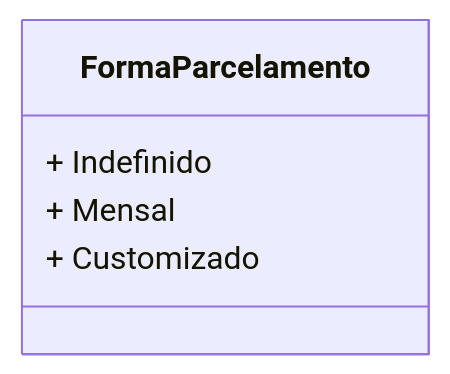
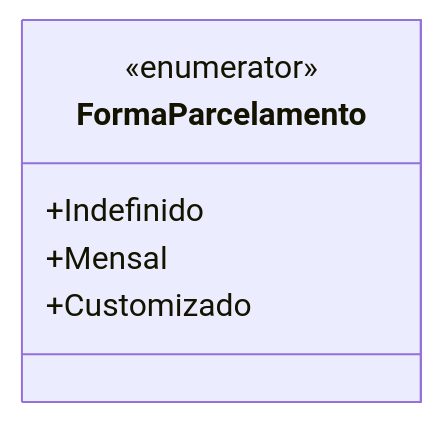
One commit to IsthmusSistemas/documentacao-tecnica changed the diagram in docs/b2b-dominio/IsthmusWinthor.Nucleo/IsthmusWinthor.Dominio/Enumeradores/FormaParcelamento.md. Above: the diagram before and after it, drawn with Mermaid. The commit also changed other lines of this file and 882 other files, not shown here.

````diff
--- a/docs/b2b-dominio/IsthmusWinthor.Nucleo/IsthmusWinthor.Dominio/Enumeradores/FormaParcelamento.md
+++ b/docs/b2b-dominio/IsthmusWinthor.Nucleo/IsthmusWinthor.Dominio/Enumeradores/FormaParcelamento.md
@@ -14,8 +16,9 @@
 ```mermaid
 classDiagram
     class FormaParcelamento {
-        + Indefinido
-        + Mensal
-        + Customizado
+        <<enumerator>>
+        +Indefinido
+        +Mensal
+        +Customizado
     }
 ```
````
